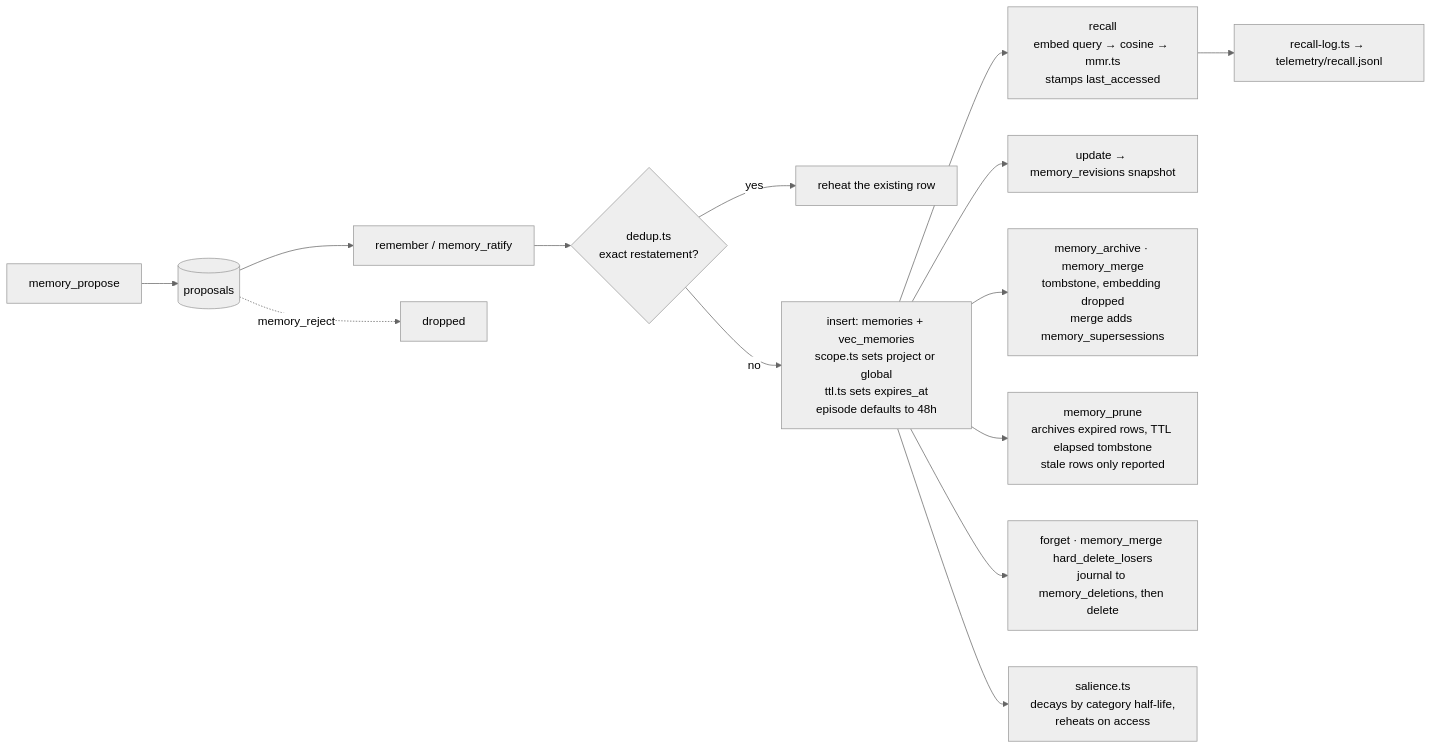
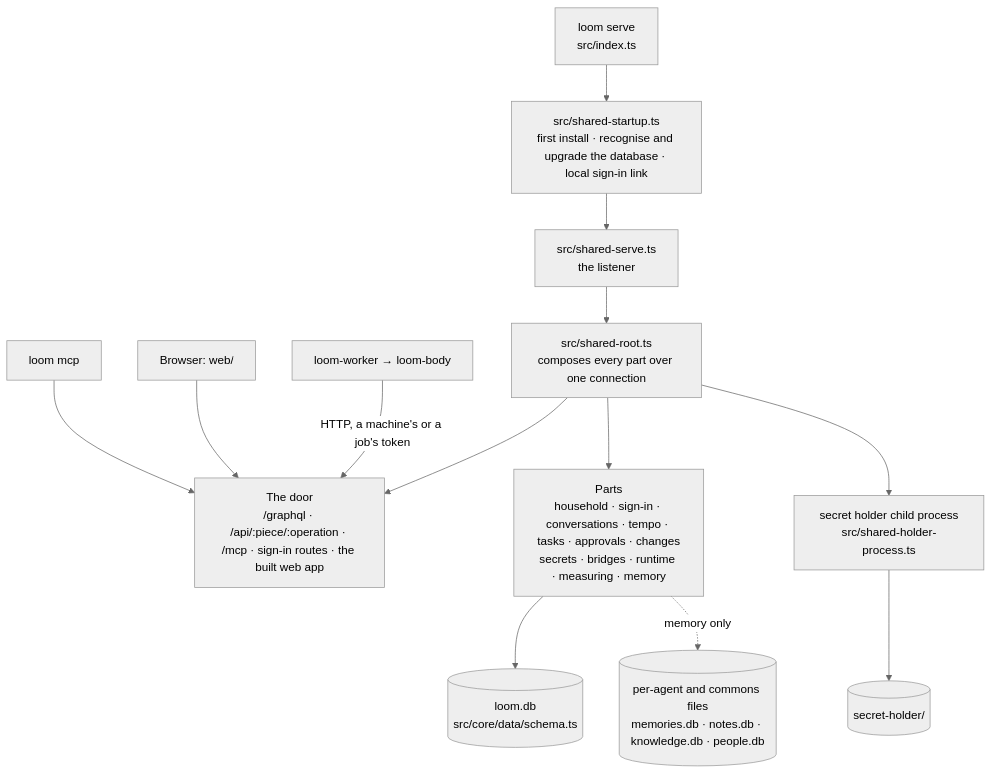
Before and after one commit to sleepunit-agents/loom: the diagram in docs/architecture.md, drawn with Mermaid (neutral theme). The commit also changed other lines of this file and 2 other files, not shown here.

````diff
--- a/docs/architecture.md
+++ b/docs/architecture.md
@@ -159,15 +30,15 @@
 ```mermaid
-flowchart LR
-  W["remember / memory_ratify"] --> DD{"dedup.ts<br/>exact restatement?"}
-  DD -- yes --> HEAT["reheat the existing row"]
-  DD -- no --> INS["insert: memories + vec_memories<br/>scope.ts sets project or global<br/>ttl.ts sets expires_at<br/>episode defaults to 48h"]
-  PQ["memory_propose"] --> PT[("proposals")] --> W
-  PT -. memory_reject .-> X["dropped"]
-  INS --> RC["recall<br/>embed query → cosine → mmr.ts<br/>stamps last_accessed"]
-  RC --> LOG["recall-log.ts → telemetry/recall.jsonl"]
-  INS --> UPD["update → memory_revisions snapshot"]
-  INS --> ARC["memory_archive · memory_merge<br/>tombstone, embedding dropped<br/>merge adds memory_supersessions"]
-  INS --> PRN["memory_prune<br/>archives expired rows, TTL elapsed tombstone<br/>stale rows only reported"]
-  INS --> DEL["forget · memory_merge hard_delete_losers<br/>journal to memory_deletions, then delete"]
-  INS --> SALN["salience.ts<br/>decays by category half-life,<br/>reheats on access"]
+flowchart TB
+  CLI["loom serve<br/>src/index.ts"] --> START["src/shared-startup.ts<br/>first install · recognise and upgrade the database · local sign-in link"]
+  START --> SERVE["src/shared-serve.ts<br/>the listener"]
+  SERVE --> ROOT["src/shared-root.ts<br/>composes every part over one connection"]
+  ROOT --> DOOR["The door<br/>/graphql · /api/:piece/:operation · /mcp · sign-in routes · the built web app"]
+  ROOT --> PARTS["Parts<br/>household · sign-in · conversations · tempo · tasks · approvals · changes<br/>secrets · bridges · runtime · measuring · memory"]
+  PARTS --> DB[("loom.db<br/>src/core/data/schema.ts")]
+  PARTS -. memory only .-> FILES[("per-agent and commons files<br/>memories.db · notes.db · knowledge.db · people.db")]
+  ROOT --> HOLDER["secret holder child process<br/>src/shared-holder-process.ts"]
+  HOLDER --> HDB[("secret-holder/")]
+  WORKER["loom-worker → loom-body"] -- "HTTP, a machine's or a job's token" --> DOOR
+  BROWSER["Browser: web/"] --> DOOR
+  MCP["loom mcp"] --> DOOR
 ```
````
